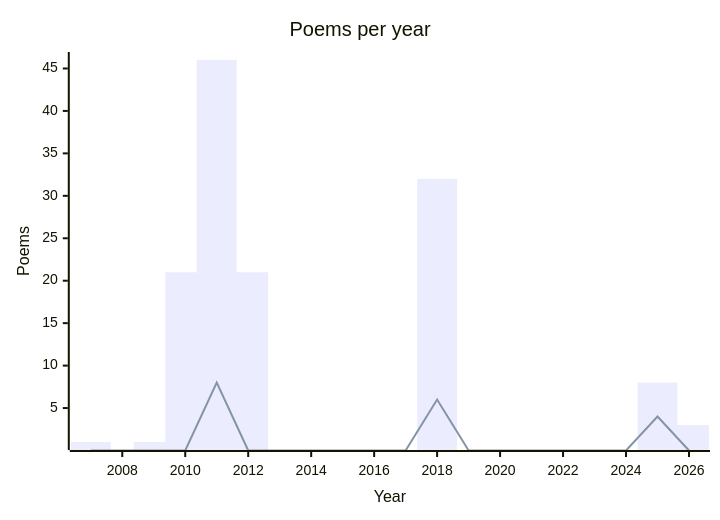
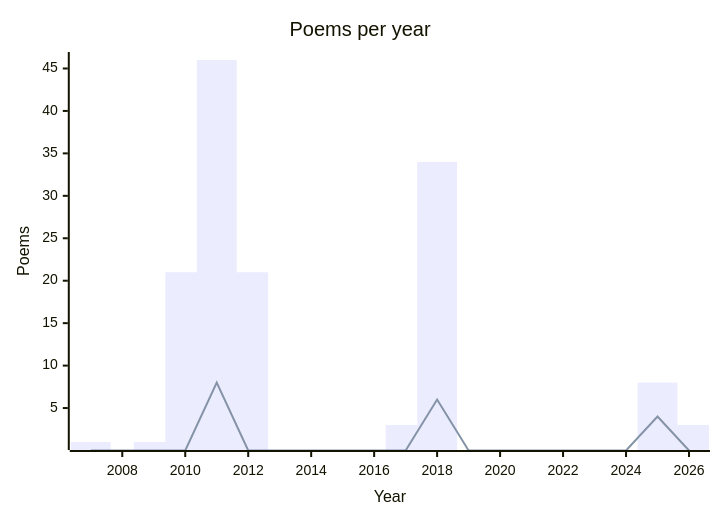
One commit to g-ongenae/blog changed the first of 2 diagrams in tell/README.md. Above: the diagram before and after it, drawn with Mermaid. The commit also changed other lines of this file and 1 other file, not shown here.

````diff
--- a/tell/README.md
+++ b/tell/README.md
@@ -15,8 +15,8 @@
 ```mermaid
 xychart-beta
   title "Poems per year"
   x-axis "Year" 2007 --> 2026
   y-axis "Poems" 1 --> 46
-  bar [1, 0, 1, 21, 46, 21, 0, 0, 0, 0, 0, 32, 0, 0, 0, 0, 0, 0, 8, 3]
+  bar [1, 0, 1, 21, 46, 21, 0, 0, 0, 0, 3, 34, 0, 0, 0, 0, 0, 0, 8, 3]
   line [0, 0, 0, 0, 8, 0, 0, 0, 0, 0, 0, 6, 0, 0, 0, 0, 0, 0, 4, 0]
 ```
````
